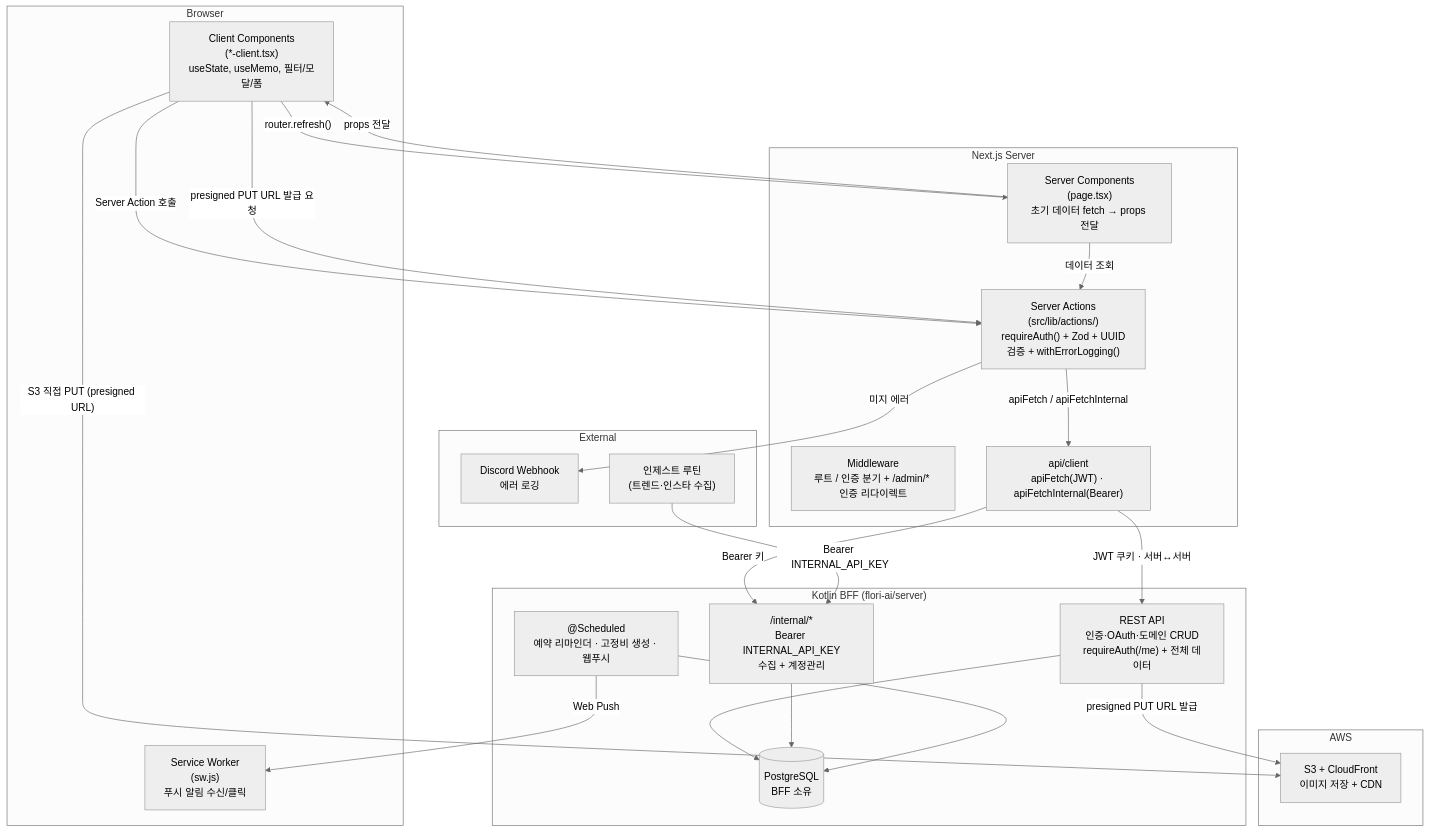
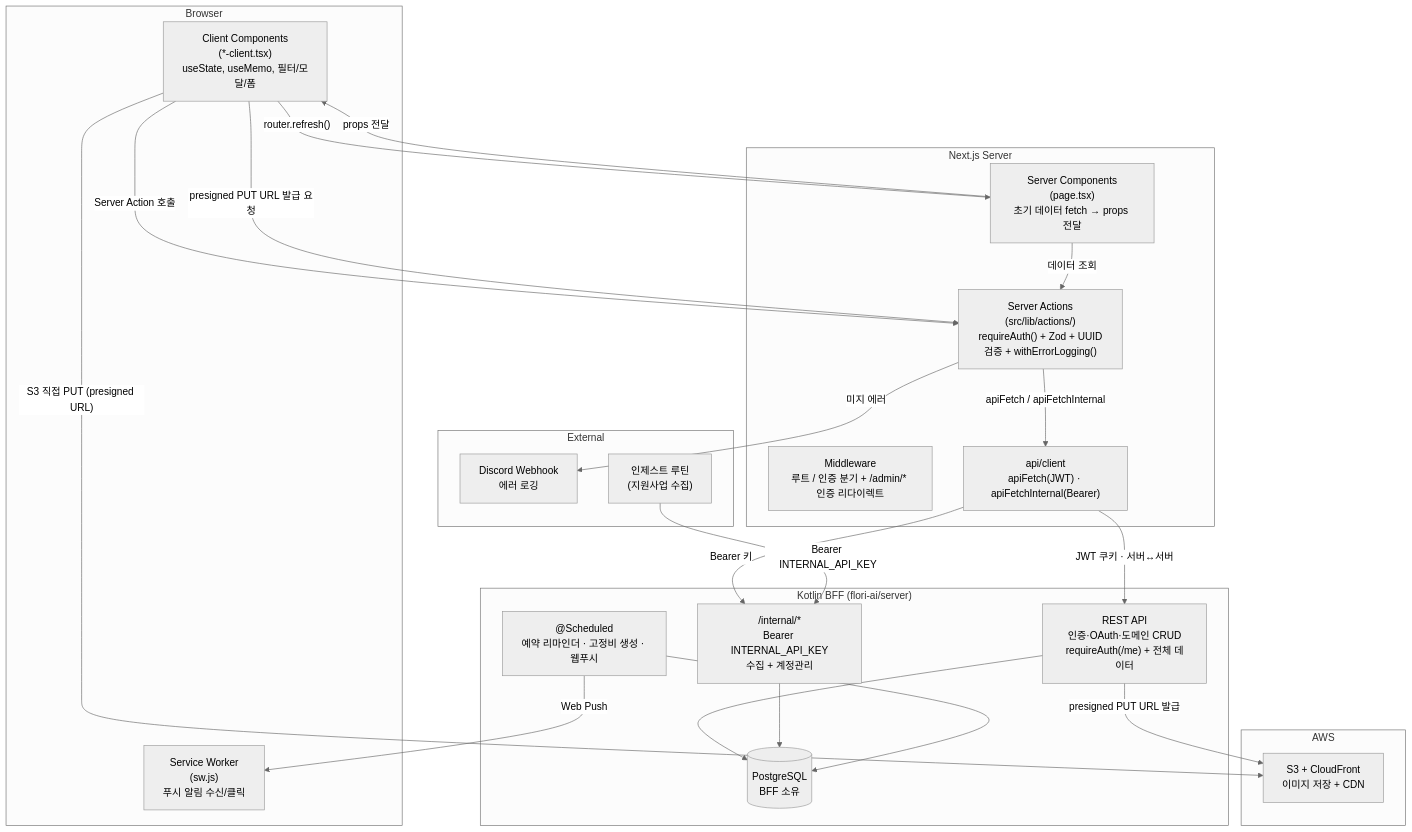
Before and after one commit to flori-ai-kr/web: the first of 5 diagrams in docs/ARCHITECTURE.md, drawn with Mermaid (neutral theme). The commit also changed other lines of this file and 38 other files, not shown here.

First line of the commit message:
feat(insights): 인사이트 탭 — 트렌드 탭 제거(2탭)·지원사업 카드 2단/상세모달 (#98)

````diff
--- a/docs/ARCHITECTURE.md
+++ b/docs/ARCHITECTURE.md
@@ -11,47 +11,47 @@
 ```mermaid
 graph TB
     subgraph Browser
         CC["Client Components<br/>(*-client.tsx)<br/>useState, useMemo, 필터/모달/폼"]
         SW["Service Worker<br/>(sw.js)<br/>푸시 알림 수신/클릭"]
     end
 
     subgraph NextServer["Next.js Server"]
         MW["Middleware<br/>루트 / 인증 분기 + /admin/* 인증 리다이렉트"]
         SC["Server Components<br/>(page.tsx)<br/>초기 데이터 fetch → props 전달"]
         SA["Server Actions<br/>(src/lib/actions/)<br/>requireAuth() + Zod + UUID검증 + withErrorLogging()"]
         AC["api/client<br/>apiFetch(JWT) · apiFetchInternal(Bearer)"]
     end
 
     subgraph External
         DC["Discord Webhook<br/>에러 로깅"]
-        RT["인제스트 루틴<br/>(트렌드·인스타 수집)"]
+        RT["인제스트 루틴<br/>(지원사업 수집)"]
     end
 
     subgraph KotlinBFF["Kotlin BFF (flori-ai/server)"]
         KAPI["REST API<br/>인증·OAuth·도메인 CRUD<br/>requireAuth(/me) + 전체 데이터"]
         KINT["/internal/*<br/>Bearer INTERNAL_API_KEY<br/>수집 + 계정관리"]
         KSCHED["@Scheduled<br/>예약 리마인더 · 고정비 생성 · 웹푸시"]
         PG[("PostgreSQL<br/>BFF 소유")]
     end
 
     subgraph AWS
         S3["S3 + CloudFront<br/>이미지 저장 + CDN"]
     end
 
     CC -->|"Server Action 호출"| SA
     CC -->|"presigned PUT URL 발급 요청"| SA
     CC -->|"S3 직접 PUT (presigned URL)"| S3
     CC -->|"router.refresh()"| SC
     SC -->|"props 전달"| CC
     SC -->|"데이터 조회"| SA
     SA -->|"apiFetch / apiFetchInternal"| AC
     AC -->|"JWT 쿠키 · 서버↔서버"| KAPI
     AC -->|"Bearer 키"| KINT
     SA -->|"미지 에러"| DC
     KAPI --> PG
     KAPI -->|"presigned PUT URL 발급"| S3
     KINT --> PG
     KSCHED --> PG
     KSCHED -->|"Web Push"| SW
     RT -->|"Bearer INTERNAL_API_KEY"| KINT
 ```
````
